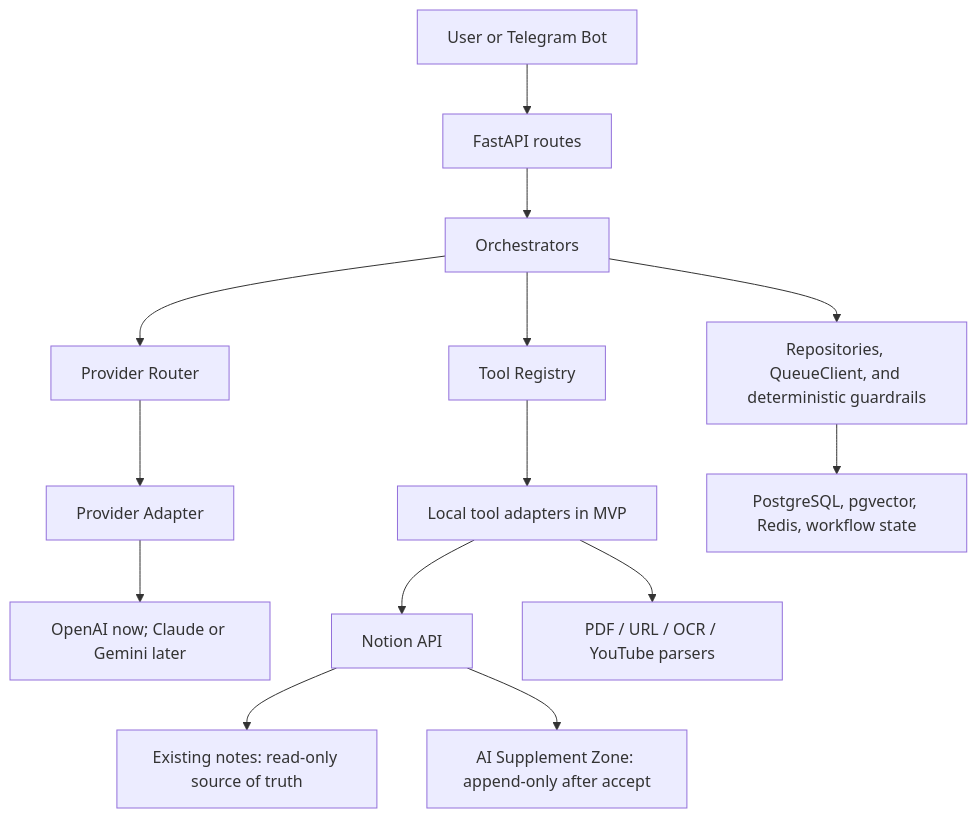
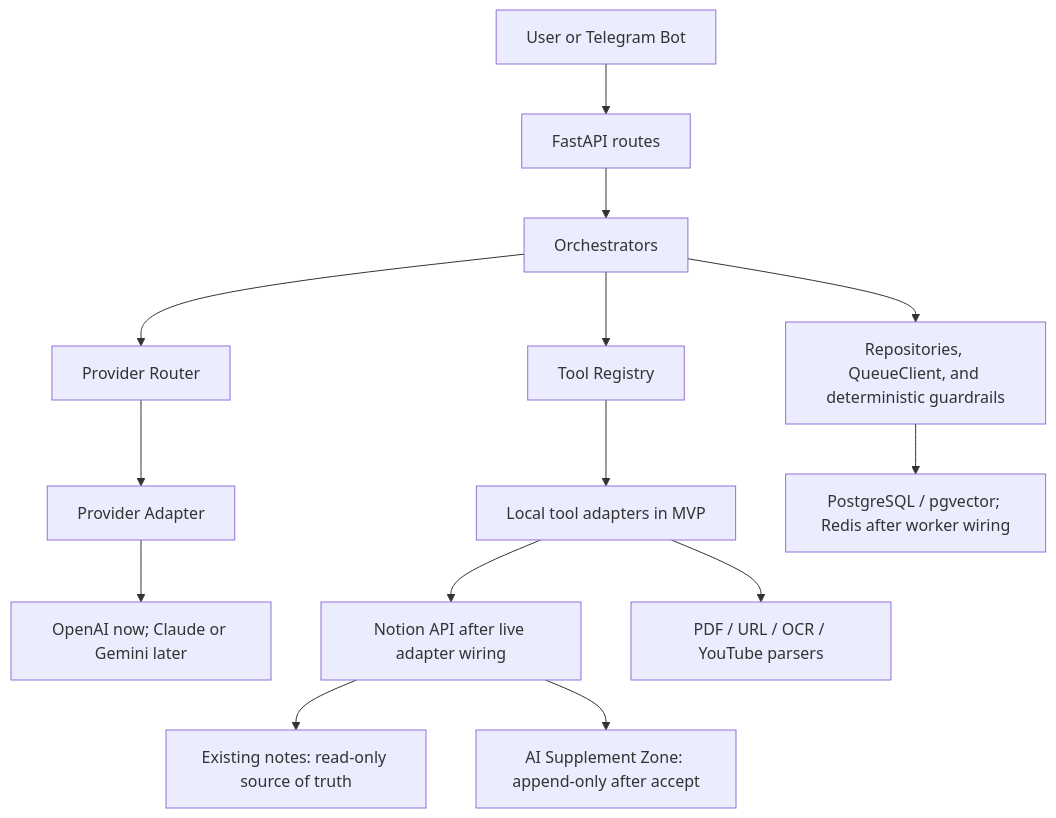
The diagram in README.md (rileylai/learnloop-agent), drawn with Mermaid before and after one commit. The commit also changed other lines of this file and 8 other files, not shown here.

````diff
--- a/README.md
+++ b/README.md
@@ -48,16 +83,16 @@
 ```mermaid
 flowchart TD
     USER["User or Telegram Bot"] --> API["FastAPI routes"]
     API --> ORCH["Orchestrators"]
     ORCH --> ROUTER["Provider Router"]
     ROUTER --> PROVIDER["Provider Adapter"]
     PROVIDER --> LLM["OpenAI now; Claude or Gemini later"]
     ORCH --> TOOLS["Tool Registry"]
     TOOLS --> ADAPTERS["Local tool adapters in MVP"]
-    ADAPTERS --> NOTION["Notion API"]
+    ADAPTERS --> NOTION["Notion API after live adapter wiring"]
     ADAPTERS --> PARSERS["PDF / URL / OCR / YouTube parsers"]
     ORCH --> CORE["Repositories, QueueClient, and deterministic guardrails"]
-    CORE --> STORAGE["PostgreSQL, pgvector, Redis, workflow state"]
+    CORE --> STORAGE["PostgreSQL / pgvector; Redis after worker wiring"]
     NOTION --> SOURCE["Existing notes: read-only source of truth"]
     NOTION --> ZONE["AI Supplement Zone: append-only after accept"]
 ```
````
